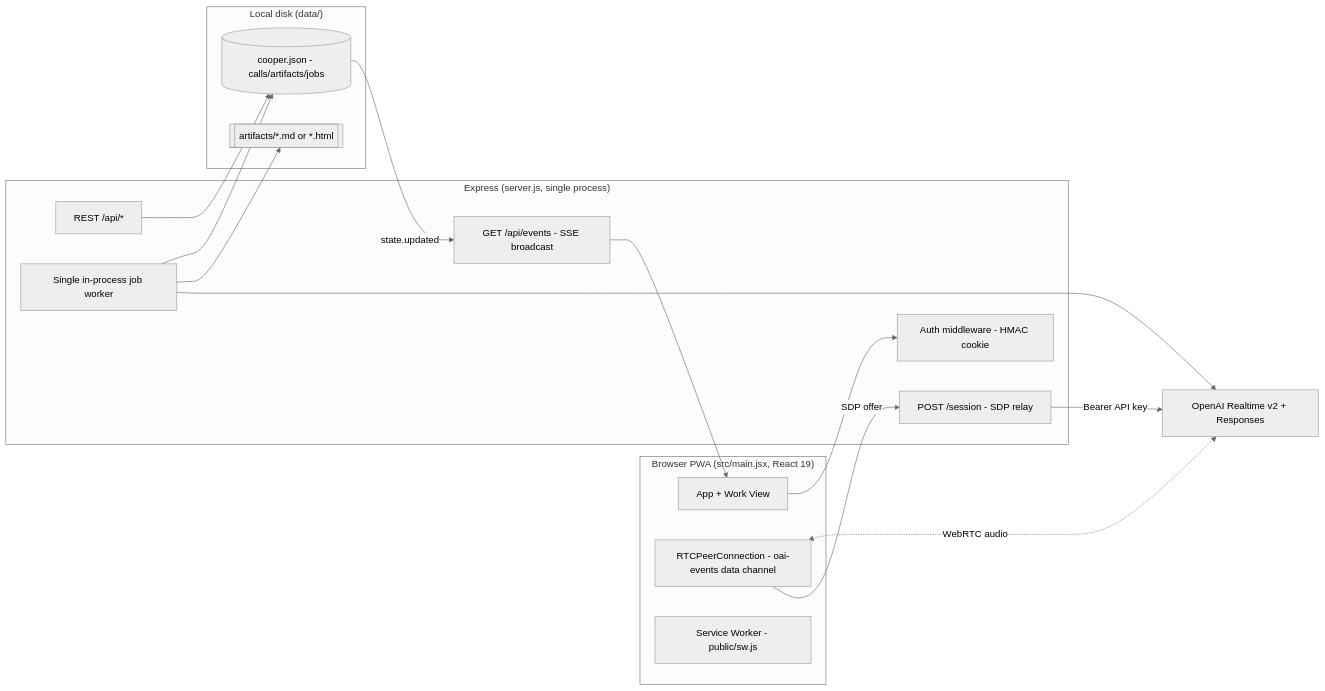
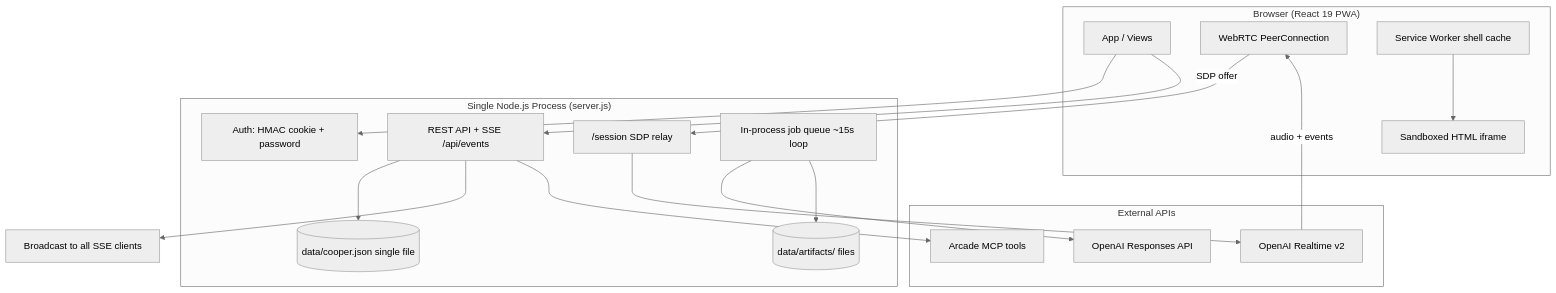
Before and after one commit to michael-aires/Codex-voice: the first of 3 diagrams in docs/04-prd-hardening-roadmap.md, drawn with Mermaid (neutral theme). The commit also changed other lines of this file and 29 other files, not shown here.

Commit message:
Expand Cooper realtime assistant capabilities

````diff
--- a/docs/04-prd-hardening-roadmap.md
+++ b/docs/04-prd-hardening-roadmap.md
@@ -64,34 +68,34 @@
 ```mermaid
-flowchart LR
-  subgraph Client["Browser PWA (src/main.jsx, React 19)"]
-    UI[App + Work View]
-    RTC[RTCPeerConnection - oai-events data channel]
-    SW[Service Worker - public/sw.js]
-  end
+flowchart TB
+    subgraph Browser["Browser (React 19 PWA)"]
+        UI[App / Views]
+        WRTC[WebRTC PeerConnection]
+        SW[Service Worker shell cache]
+        IFRAME[Sandboxed HTML iframe]
+    end
 
-  subgraph Server["Express (server.js, single process)"]
-    AUTH[Auth middleware - HMAC cookie]
-    SESS[POST /session - SDP relay]
-    API[REST /api/*]
-    SSE[GET /api/events - SSE broadcast]
-    WORKER[Single in-process job worker]
-  end
+    subgraph Server["Single Node.js Process (server.js)"]
+        AUTH[Auth: HMAC cookie + password]
+        SESS["/session SDP relay"]
+        API[REST API + SSE /api/events]
+        QUEUE[In-process job queue ~15s loop]
+        DB[(data/cooper.json single file)]
+        ART[(data/artifacts/ files)]
+    end
 
-  subgraph Store["Local disk (data/)"]
-    DB[(cooper.json - calls/artifacts/jobs)]
-    ART[[artifacts/*.md or *.html]]
-  end
+    subgraph External["External APIs"]
+        OAIR[OpenAI Realtime v2]
+        OAIRESP[OpenAI Responses API]
+        ARCADE[Arcade MCP tools]
+    end
 
-  OAI[OpenAI Realtime v2 + Responses]
-
-  UI --> AUTH
-  RTC -- SDP offer --> SESS
-  SESS -- Bearer API key --> OAI
-  RTC <-. WebRTC audio .-> OAI
-  API --> DB
-  WORKER --> OAI
-  WORKER --> ART
-  WORKER --> DB
-  DB -- state.updated --> SSE
-  SSE --> UI
+    UI --> AUTH
+    WRTC -->|SDP offer| SESS --> OAIR
+    OAIR -->|audio + events| WRTC
+    UI --> API --> DB
+    API --> SSE_BROADCAST[Broadcast to all SSE clients]
+    QUEUE --> OAIRESP
+    QUEUE --> ART
+    API --> ARCADE
+    SW --> IFRAME
 ```
````
